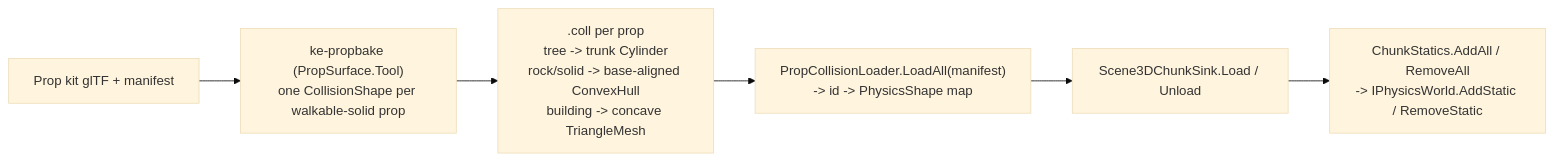
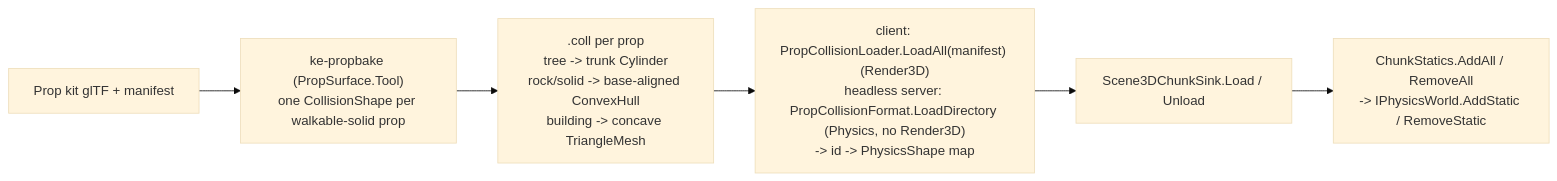
The second of 3 diagrams in docs/PHYSICS-PIPELINE.md (APKiwiOrg/KhaozEngine), drawn with Mermaid (base theme) before and after one commit. The commit also changed other lines of this file, not shown here.

First line of the commit message:
docs(8.1.0): note the headless PropCollisionFormat load path in PHYSICS-PIPELINE

````diff
--- a/docs/PHYSICS-PIPELINE.md
+++ b/docs/PHYSICS-PIPELINE.md
@@ -57,8 +57,8 @@
 ```mermaid
 flowchart LR
     KIT["Prop kit glTF + manifest"] --> BAKE["ke-propbake (PropSurface.Tool)<br/>one CollisionShape per walkable-solid prop"]
     BAKE --> COLL[".coll per prop<br/>tree -> trunk Cylinder<br/>rock/solid -> base-aligned ConvexHull<br/>building -> concave TriangleMesh"]
-    COLL --> LOAD["PropCollisionLoader.LoadAll(manifest)<br/>-> id -> PhysicsShape map"]
+    COLL --> LOAD["client: PropCollisionLoader.LoadAll(manifest) (Render3D)<br/>headless server: PropCollisionFormat.LoadDirectory (Physics, no Render3D)<br/>-> id -> PhysicsShape map"]
     LOAD --> SINK["Scene3DChunkSink.Load / Unload"]
     SINK --> STAT["ChunkStatics.AddAll / RemoveAll<br/>-> IPhysicsWorld.AddStatic / RemoveStatic"]
 ```
````
